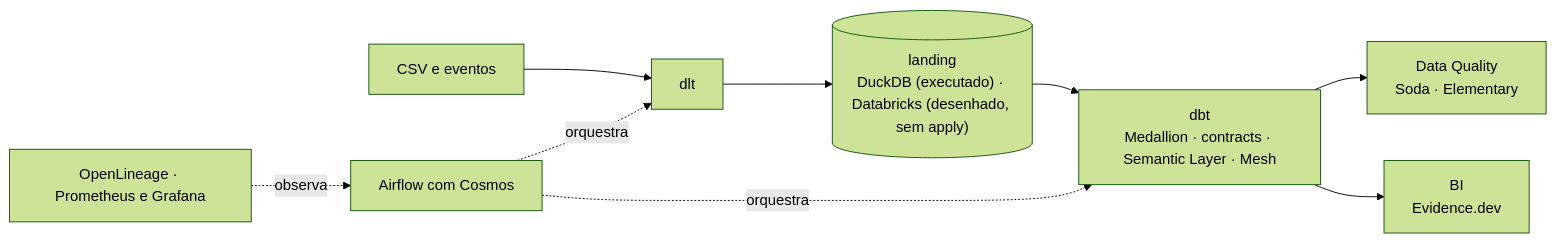
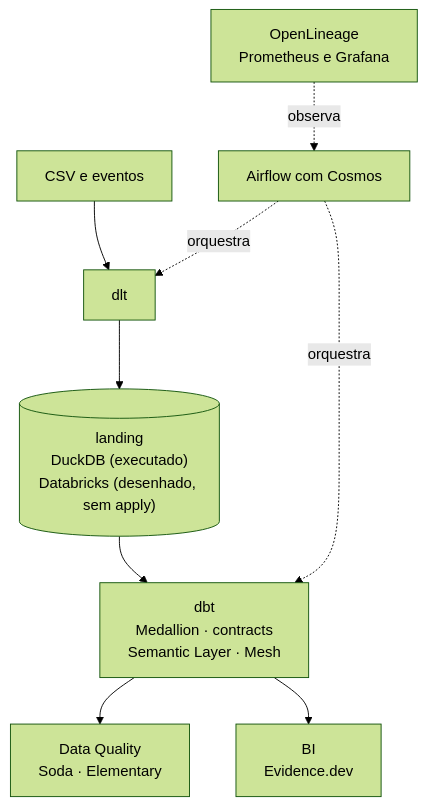
One commit to alanjoffre/portfolio changed the first of 2 diagrams in README.md. Above: the diagram before and after it, drawn with Mermaid (forest theme). The commit also changed other lines of this file and 24 other files, not shown here.

````diff
--- a/README.md
+++ b/README.md
@@ -35,11 +49,11 @@
 ```mermaid
-flowchart LR
+flowchart TB
   SRC["CSV e eventos"] --> ING["dlt"]
-  ING --> LAND[("landing<br/>DuckDB (executado) · Databricks (desenhado, sem apply)")]
-  LAND --> T["dbt<br/>Medallion · contracts · Semantic Layer · Mesh"]
+  ING --> LAND[("landing<br/>DuckDB (executado)<br/>Databricks (desenhado, sem apply)")]
+  LAND --> T["dbt<br/>Medallion · contracts<br/>Semantic Layer · Mesh"]
   T --> DQ["Data Quality<br/>Soda · Elementary"]
   T --> BI["BI<br/>Evidence.dev"]
   ORCH["Airflow com Cosmos"] -.->|orquestra| ING
   ORCH -.->|orquestra| T
-  OBS["OpenLineage · Prometheus e Grafana"] -.->|observa| ORCH
+  OBS["OpenLineage<br/>Prometheus e Grafana"] -.->|observa| ORCH
 ```
````
